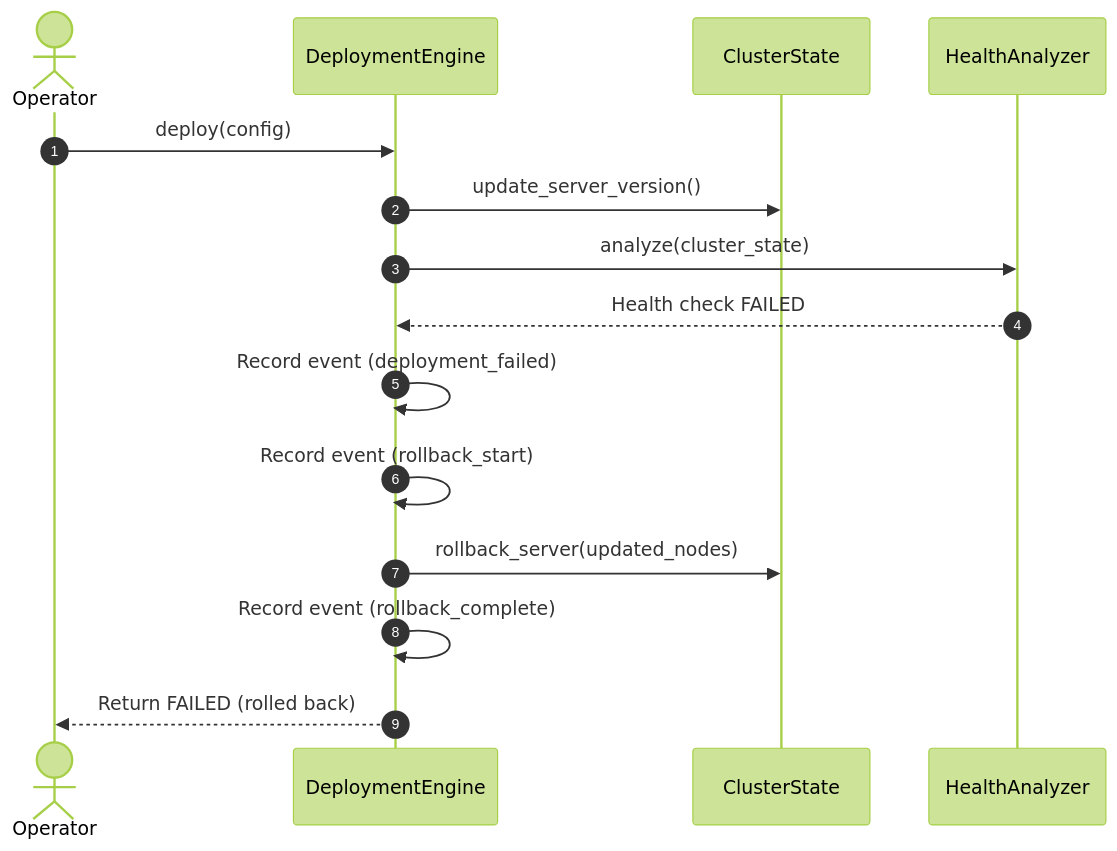
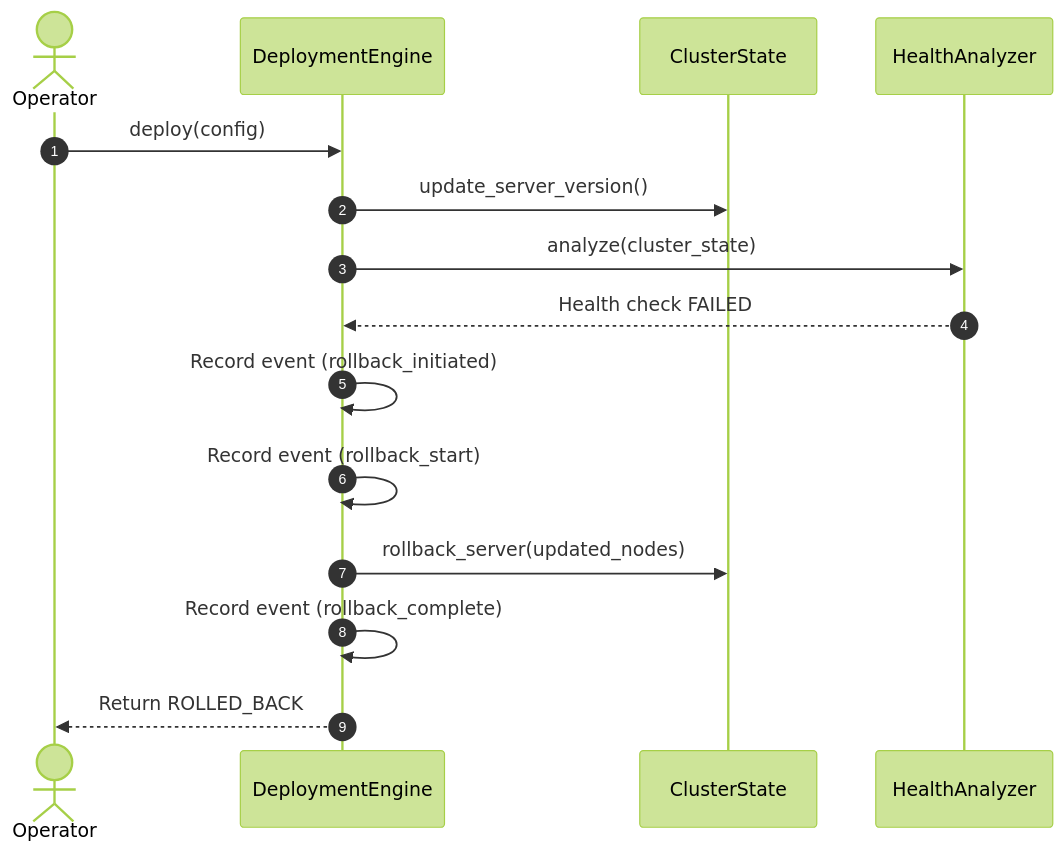
One commit to aliakarma/bootcamp-2026-canary-deployment changed the third of 7 diagrams in README.md. Above: the diagram before and after it, drawn with Mermaid (forest theme). The commit also changed other lines of this file and 2 other files, not shown here.

````diff
--- a/README.md
+++ b/README.md
@@ -124,18 +124,18 @@
 ```mermaid
 sequenceDiagram
     autonumber
     actor Operator
     participant DE as DeploymentEngine
     participant CS as ClusterState
     participant HA as HealthAnalyzer
 
     Operator->>DE: deploy(config)
     DE->>CS: update_server_version()
     DE->>HA: analyze(cluster_state)
     HA-->>DE: Health check FAILED
-    DE->>DE: Record event (deployment_failed)
+    DE->>DE: Record event (rollback_initiated)
     DE->>DE: Record event (rollback_start)
     DE->>CS: rollback_server(updated_nodes)
     DE->>DE: Record event (rollback_complete)
-    DE-->>Operator: Return FAILED (rolled back)
+    DE-->>Operator: Return ROLLED_BACK
 ```
````
